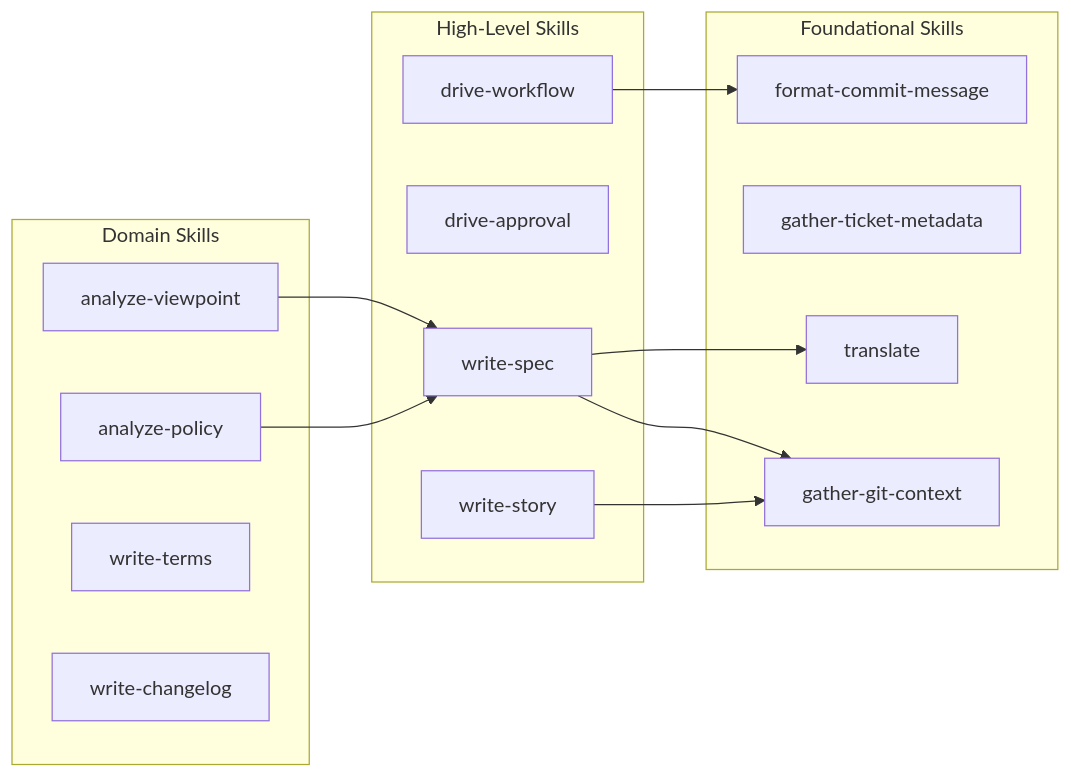
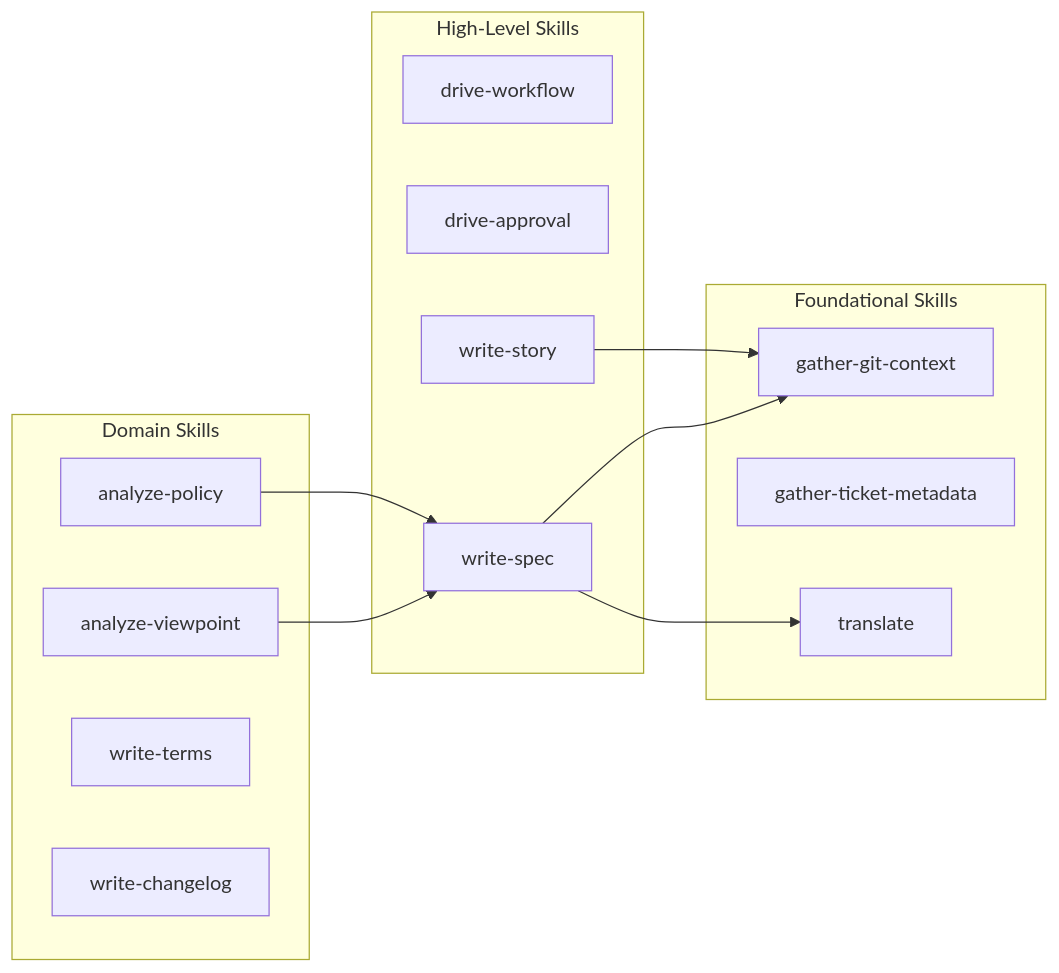
Before and after one commit to qmu/workaholic: the third of 3 diagrams in .workaholic/specs/component.md, drawn with Mermaid. The commit also changed other lines of this file and 8 other files, not shown here.

````diff
--- a/.workaholic/specs/component.md
+++ b/.workaholic/specs/component.md
@@ -246,30 +245,28 @@
 ```mermaid
 flowchart LR
     subgraph "High-Level Skills"
         DW[drive-workflow]
         DA[drive-approval]
         WS[write-spec]
         WStory[write-story]
     end
 
     subgraph "Foundational Skills"
         GGC[gather-git-context]
         GTM[gather-ticket-metadata]
-        FCM[format-commit-message]
         T[translate]
     end
 
     subgraph "Domain Skills"
         AV[analyze-viewpoint]
         AP[analyze-policy]
         WT[write-terms]
         WC[write-changelog]
     end
 
-    DW --> FCM
     WS --> GGC
     WS --> T
     WStory --> GGC
     AV --> WS
     AP --> WS
 ```
````
